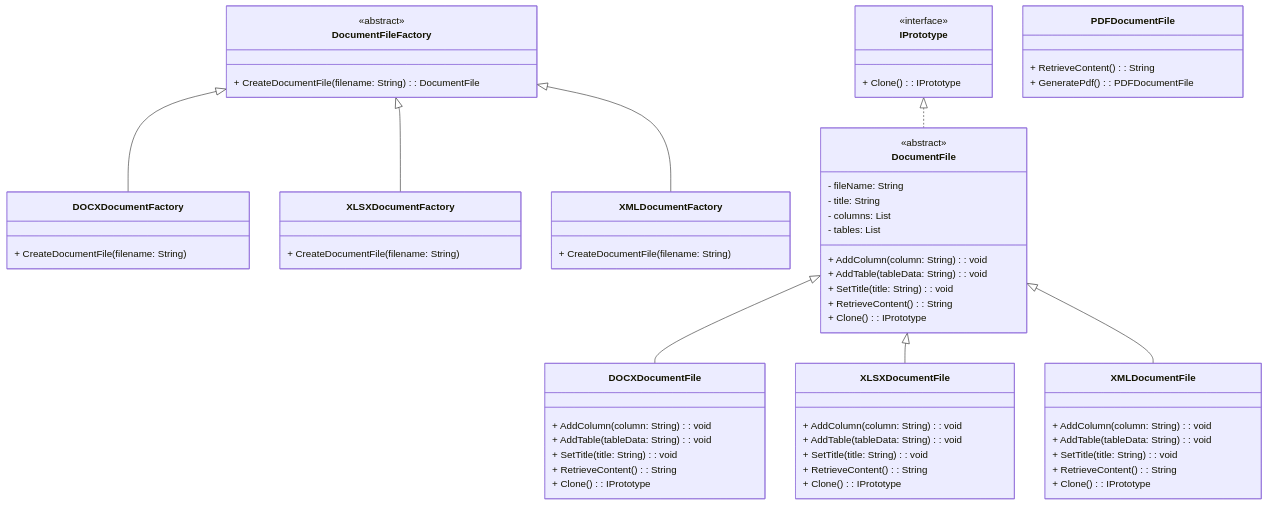
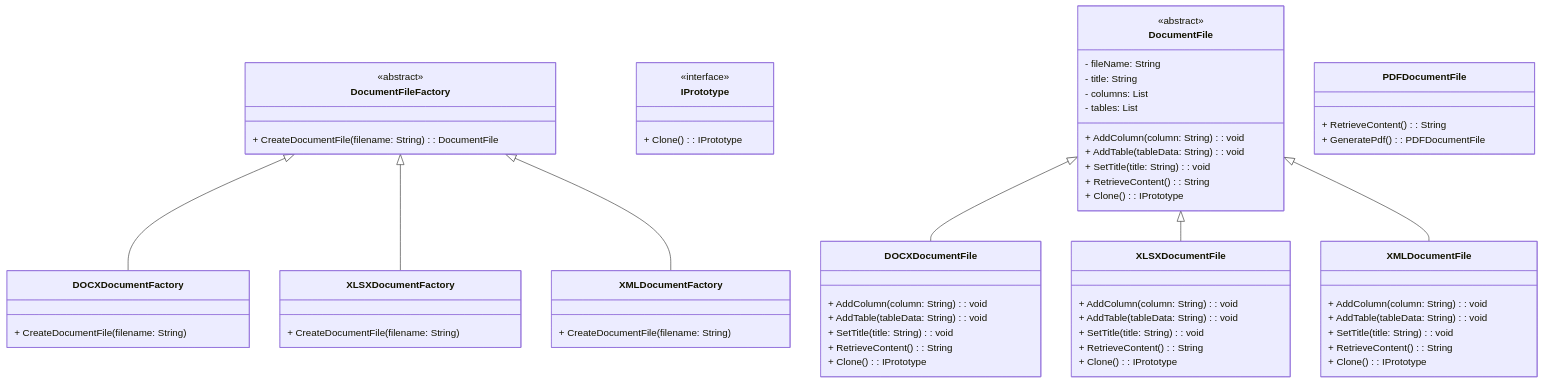
The first of 3 diagrams in Punto 2/readme.md (wandresvr/Trabajo-Patrones-creacionales), drawn with Mermaid before and after one commit. The commit also changed other lines of this file, not shown here.

```diff
--- a/Punto 2/readme.md
+++ b/Punto 2/readme.md
@@ -82,7 +82,6 @@
     DocumentFileFactory <|-- XLSXDocumentFactory
     DocumentFileFactory <|-- XMLDocumentFactory
 
-    IPrototype <|.. DocumentFile
     DocumentFile <|-- DOCXDocumentFile
     DocumentFile <|-- XLSXDocumentFile
     DocumentFile <|-- XMLDocumentFile
```
